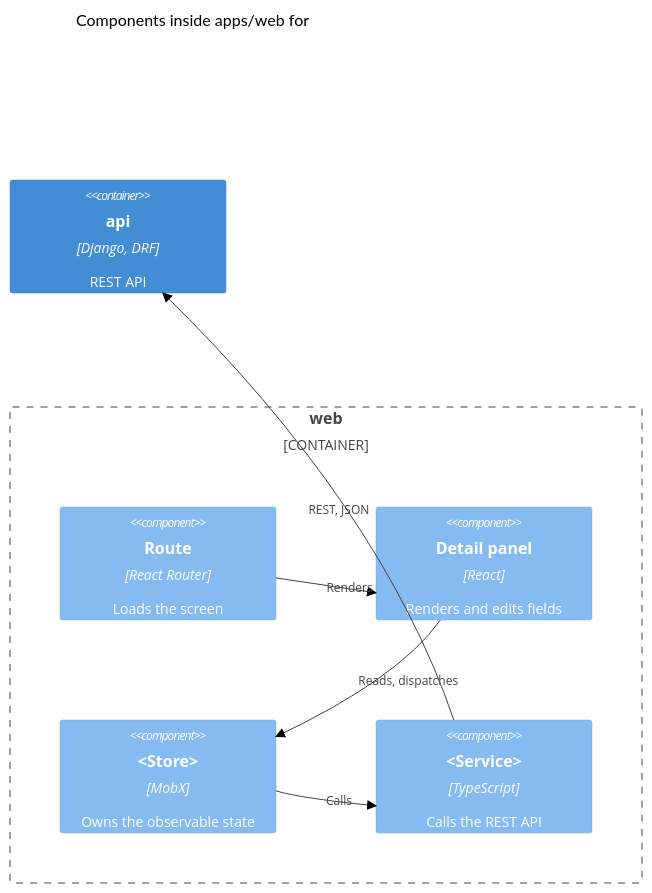
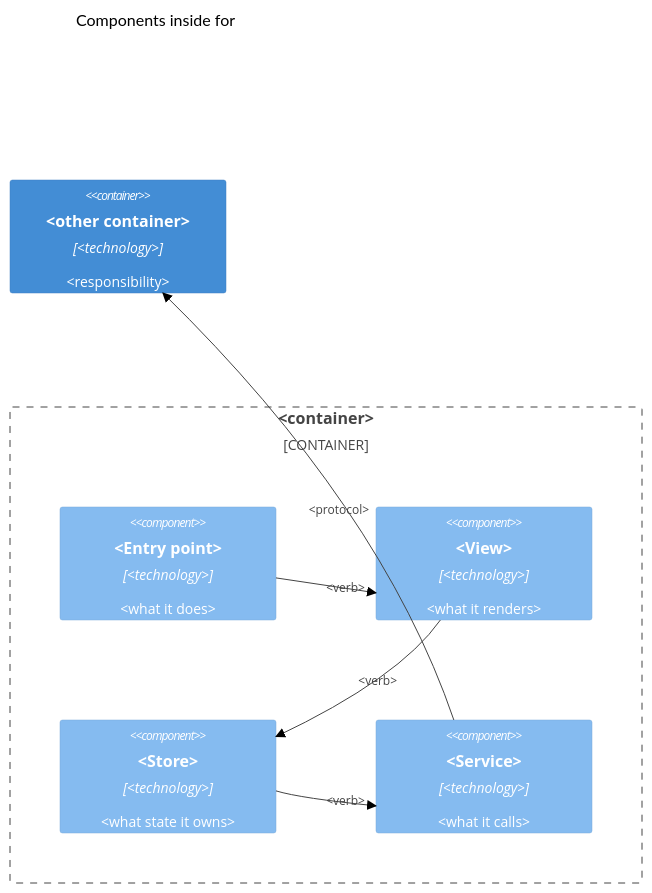
One commit to psarma89/plane changed the first of 3 diagrams in docs/architecture/c4/components/TEMPLATE.md. Above: the diagram before and after it, drawn with Mermaid (forest theme). The commit also changed other lines of this file and 23 other files, not shown here.

````diff
--- a/docs/architecture/c4/components/TEMPLATE.md
+++ b/docs/architecture/c4/components/TEMPLATE.md
@@ -23,18 +25,18 @@
 ```mermaid
 C4Component
-    title Components inside apps/web for <journey>
+    title Components inside <container> for <journey>
 
-    Container_Boundary(web, "web") {
-        Component(route, "Route", "React Router", "Loads the screen")
-        Component(view, "Detail panel", "React", "Renders and edits fields")
-        Component(store, "<Store>", "MobX", "Owns the observable state")
-        Component(svc, "<Service>", "TypeScript", "Calls the REST API")
+    Container_Boundary(c, "<container>") {
+        Component(entry, "<Entry point>", "<technology>", "<what it does>")
+        Component(view, "<View>", "<technology>", "<what it renders>")
+        Component(state, "<Store>", "<technology>", "<what state it owns>")
+        Component(svc, "<Service>", "<technology>", "<what it calls>")
     }
 
-    Container(api, "api", "Django, DRF", "REST API")
+    Container(other, "<other container>", "<technology>", "<responsibility>")
 
-    Rel(route, view, "Renders")
-    Rel(view, store, "Reads, dispatches")
-    Rel(store, svc, "Calls")
-    Rel(svc, api, "REST, JSON")
+    Rel(entry, view, "<verb>")
+    Rel(view, state, "<verb>")
+    Rel(state, svc, "<verb>")
+    Rel(svc, other, "<protocol>")
 ```
````
